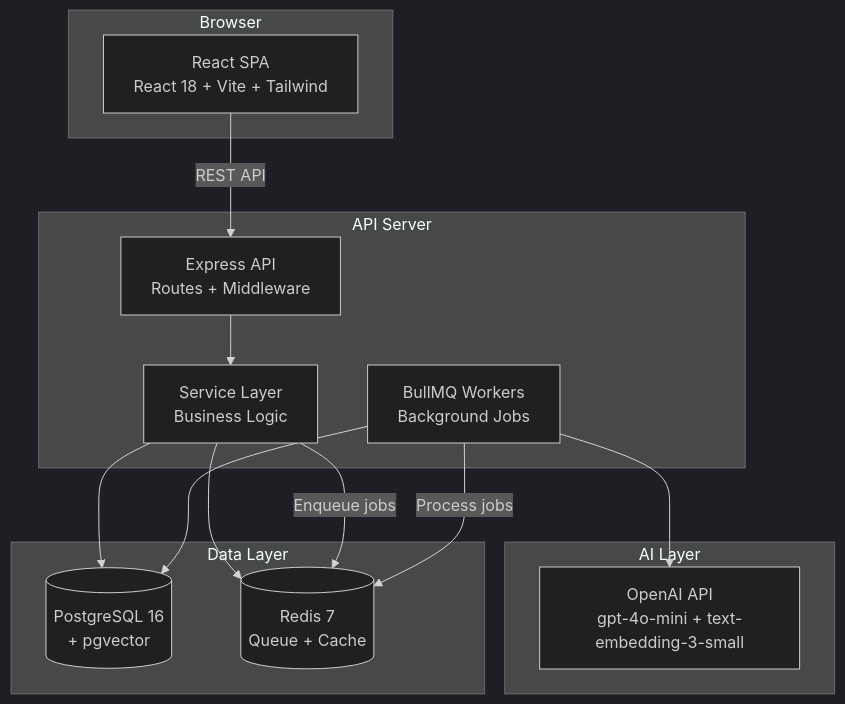
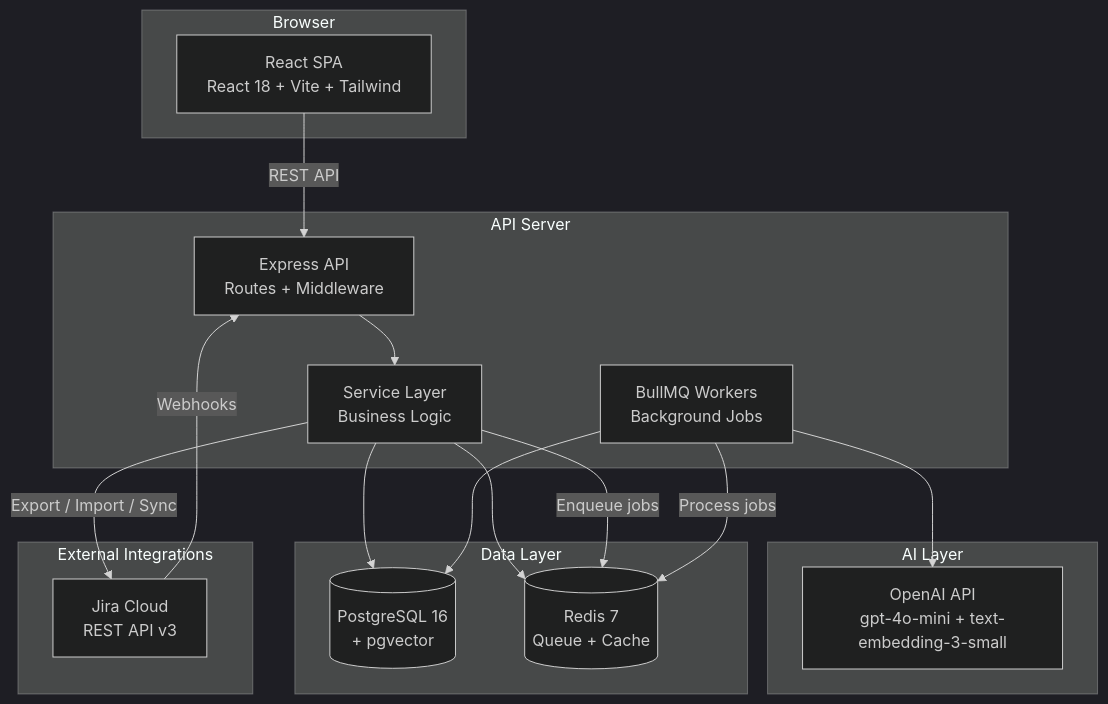
One commit to Ship-Scope/Ship-Scope changed the second of 6 diagrams in docs/architecture.md. Above: the diagram before and after it, drawn with Mermaid (dark theme). The commit also changed other lines of this file and 31 other files, not shown here.

Commit message:
FEATURE: add full Jira integration with bi-directional sync

````diff
--- a/docs/architecture.md
+++ b/docs/architecture.md
@@ -24,30 +24,36 @@
 ```mermaid
 graph TB
     subgraph "Browser"
         WEB[React SPA<br/>React 18 + Vite + Tailwind]
     end
 
     subgraph "API Server"
         EXPRESS[Express API<br/>Routes + Middleware]
         SERVICES[Service Layer<br/>Business Logic]
         WORKERS[BullMQ Workers<br/>Background Jobs]
     end
 
     subgraph "AI Layer"
         OPENAI[OpenAI API<br/>gpt-4o-mini + text-embedding-3-small]
     end
 
     subgraph "Data Layer"
         PG[(PostgreSQL 16<br/>+ pgvector)]
         REDIS[(Redis 7<br/>Queue + Cache)]
     end
 
+    subgraph "External Integrations"
+        JIRA[Jira Cloud<br/>REST API v3]
+    end
+
     WEB -->|REST API| EXPRESS
     EXPRESS --> SERVICES
     SERVICES --> PG
     SERVICES --> REDIS
     SERVICES -->|Enqueue jobs| REDIS
+    SERVICES -->|Export / Import / Sync| JIRA
+    JIRA -->|Webhooks| EXPRESS
     WORKERS -->|Process jobs| REDIS
     WORKERS --> OPENAI
     WORKERS --> PG
 ```
````
